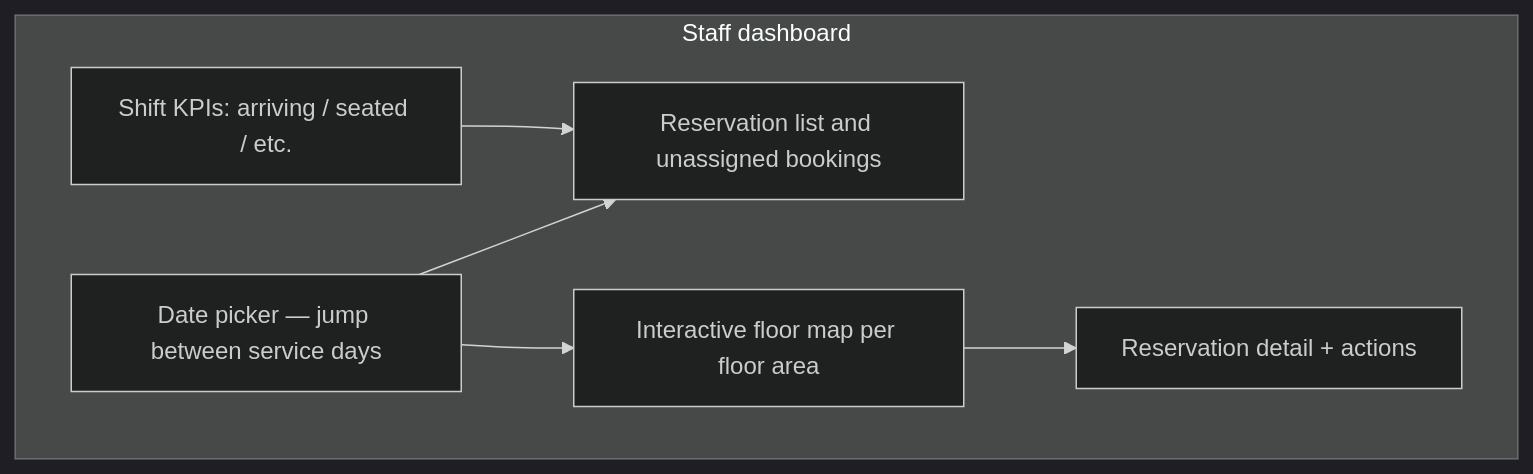
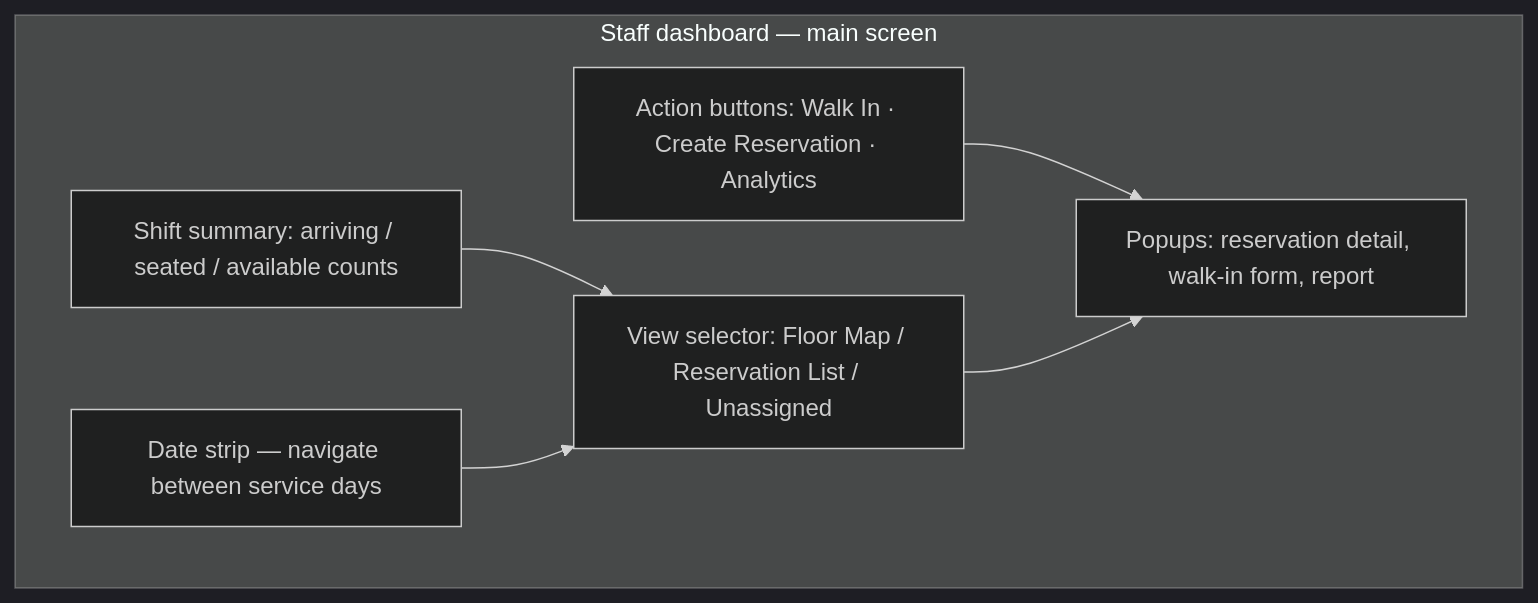
The first of 6 diagrams in docs/CLIENT_HANDOVER_STAFF_OPERATIONS.md (pizn-01/dinely), drawn with Mermaid (dark theme) before and after one commit. The commit also changed other lines of this file and 2 other files, not shown here.

````diff
--- a/docs/CLIENT_HANDOVER_STAFF_OPERATIONS.md
+++ b/docs/CLIENT_HANDOVER_STAFF_OPERATIONS.md
@@ -30,14 +43,14 @@
 ```mermaid
 graph TB
-  subgraph staff_ui [Staff dashboard]
-    KPI[Shift KPIs: arriving / seated / etc.]
-    CAL[Date picker — jump between service days]
-    LIST[Reservation list and unassigned bookings]
-    MAP[Interactive floor map per floor area]
-    MODALS[Reservation detail + actions]
+  subgraph staff_ui [Staff dashboard — main screen]
+    KPI[Shift summary: arriving / seated / available counts]
+    CAL[Date strip — navigate between service days]
+    BTNS[Action buttons: Walk In · Create Reservation · Analytics]
+    VIEWS[View selector: Floor Map / Reservation List / Unassigned]
+    MODALS[Popups: reservation detail, walk-in form, report]
   end
-  KPI --> LIST
-  CAL --> LIST
-  CAL --> MAP
-  MAP --> MODALS
+  KPI --> VIEWS
+  CAL --> VIEWS
+  BTNS --> MODALS
+  VIEWS --> MODALS
 ```
````
